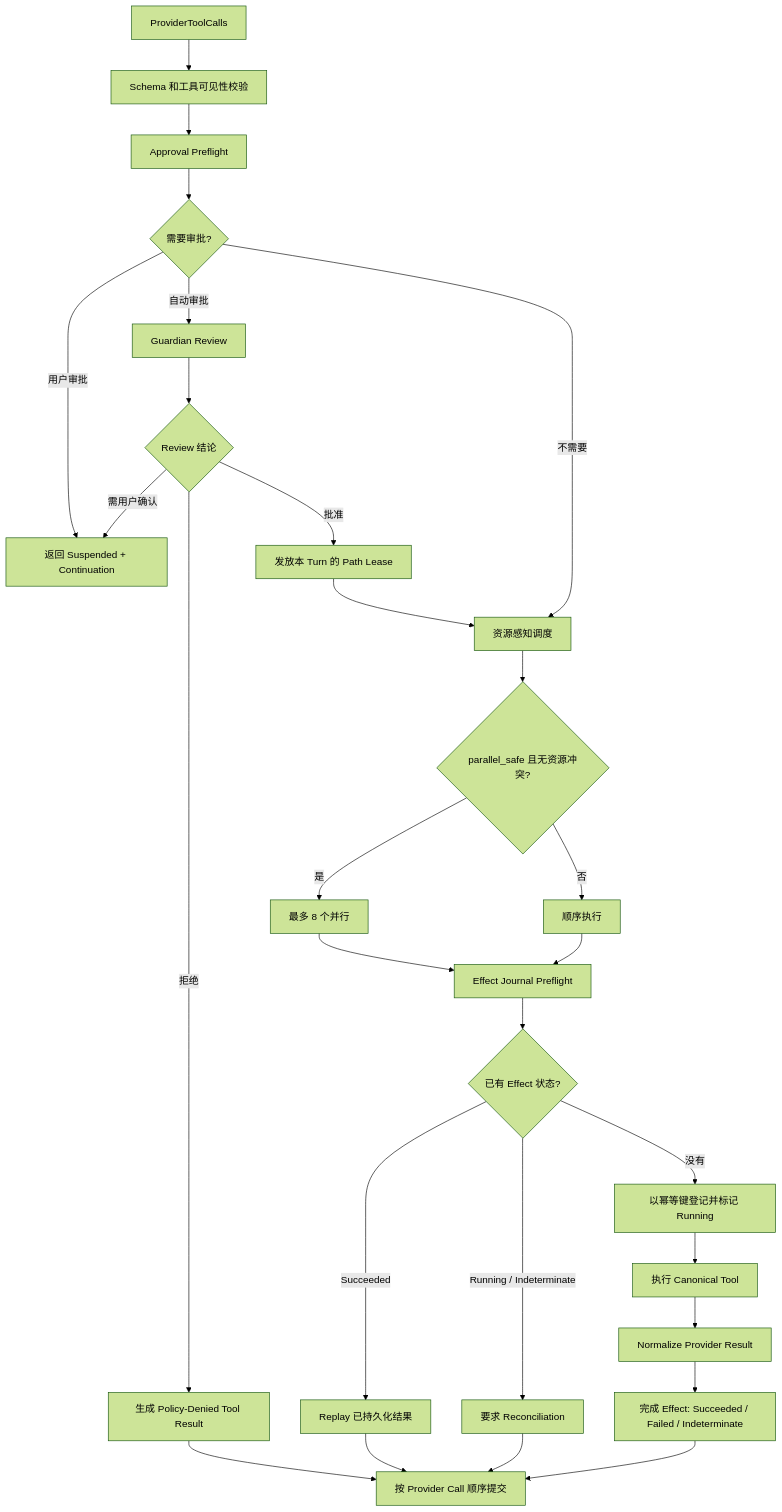
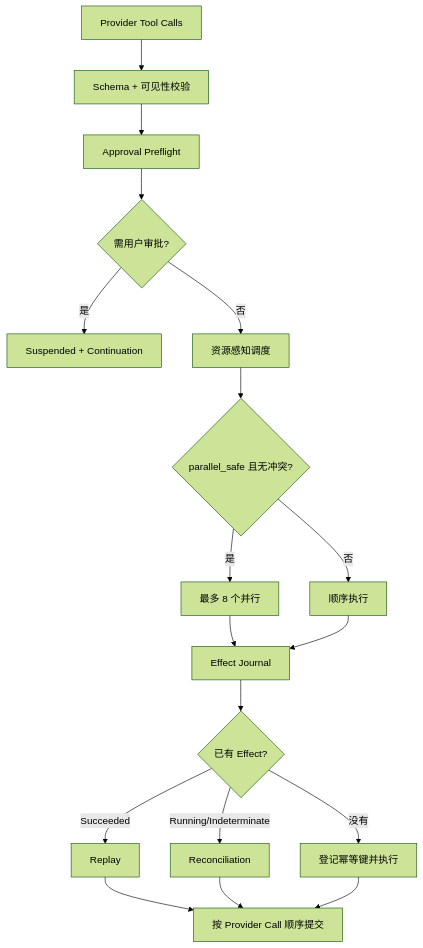
One commit to StagoMax/OpenTopia changed the seventh of 8 diagrams in docs/codex-vs-opentopia-agent-loop-zh-cn.md. Above: the diagram before and after it, drawn with Mermaid (forest theme). The commit also changed other lines of this file, not shown here.

````diff
--- a/docs/codex-vs-opentopia-agent-loop-zh-cn.md
+++ b/docs/codex-vs-opentopia-agent-loop-zh-cn.md
@@ -440,32 +177,20 @@
 ```mermaid
 flowchart TD
-    A[ProviderToolCalls] --> B[Schema 和工具可见性校验]
+    A[Provider Tool Calls] --> B[Schema + 可见性校验]
     B --> C[Approval Preflight]
-    C --> D{需要审批?}
-    D -->|用户审批| E[返回 Suspended + Continuation]
-    D -->|自动审批| F[Guardian Review]
-    F --> G{Review 结论}
-    G -->|需用户确认| E
-    G -->|拒绝| H[生成 Policy-Denied Tool Result]
-    G -->|批准| I[发放本 Turn 的 Path Lease]
-    D -->|不需要| J[资源感知调度]
+    C --> D{需用户审批?}
+    D -->|是| E[Suspended + Continuation]
+    D -->|否| F[资源感知调度]
+    F --> G{parallel_safe 且无冲突?}
+    G -->|是| H[最多 8 个并行]
+    G -->|否| I[顺序执行]
+    H --> J[Effect Journal]
     I --> J
-
-    J --> K{parallel_safe 且无资源冲突?}
-    K -->|是| L[最多 8 个并行]
-    K -->|否| M[顺序执行]
-    L --> N[Effect Journal Preflight]
-    M --> N
-
-    N --> O{已有 Effect 状态?}
-    O -->|Succeeded| P[Replay 已持久化结果]
-    O -->|Running / Indeterminate| Q[要求 Reconciliation]
-    O -->|没有| R[以幂等键登记并标记 Running]
-    R --> S[执行 Canonical Tool]
-    S --> T[Normalize Provider Result]
-    T --> U[完成 Effect: Succeeded / Failed / Indeterminate]
-    P --> V[按 Provider Call 顺序提交]
-    Q --> V
-    H --> V
-    U --> V
+    J --> K{已有 Effect?}
+    K -->|Succeeded| L[Replay]
+    K -->|Running/Indeterminate| M[Reconciliation]
+    K -->|没有| N[登记幂等键并执行]
+    L --> O[按 Provider Call 顺序提交]
+    M --> O
+    N --> O
 ```
````
